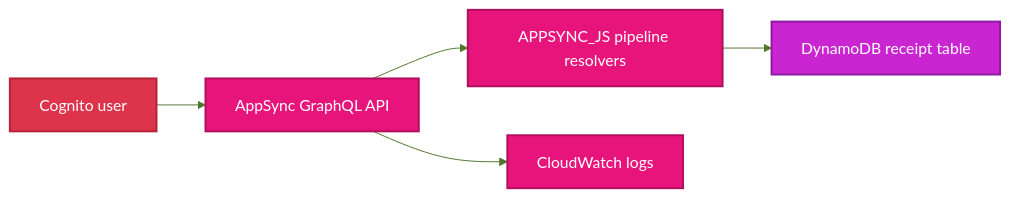
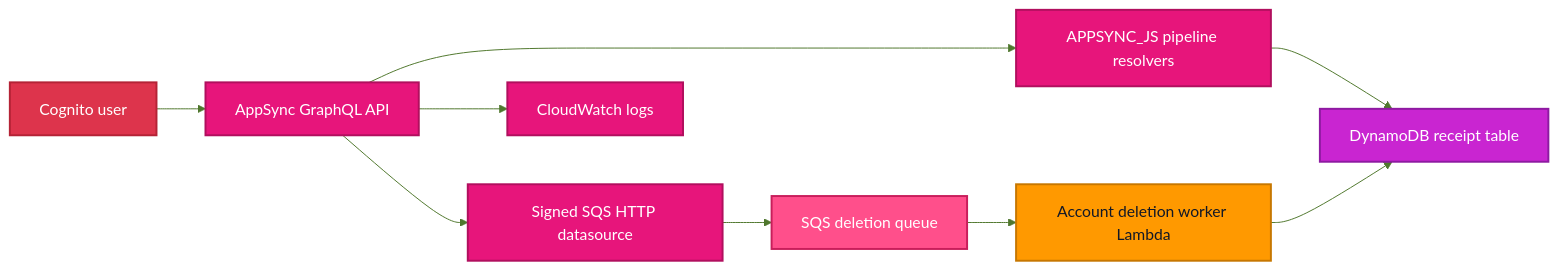
Before and after one commit to reiganarmstrong/check-split-mono: the first of 5 diagrams in infra/modules/receipt-api/README.md, drawn with Mermaid. The commit also changed other lines of this file and 15 other files, not shown here.

First line of the commit message:
feat(receipt-api): add account data deletion pipeline

````diff
--- a/infra/modules/receipt-api/README.md
+++ b/infra/modules/receipt-api/README.md
@@ -55,28 +80,36 @@
 ```mermaid
 ---
 config:
   theme: base
   themeVariables:
     primaryColor: "#DFF2E4"
     primaryTextColor: "#132A13"
     primaryBorderColor: "#3C6E47"
     lineColor: "#4F772D"
     secondaryColor: "#E9F5DB"
     tertiaryColor: "#FEFAE0"
 ---
 flowchart LR
   C["Cognito user"] --> A["AppSync GraphQL API"]
   A --> R["APPSYNC_JS pipeline resolvers"]
   R --> D["DynamoDB receipt table"]
+  A --> H["Signed SQS HTTP datasource"]
+  H --> Q["SQS deletion queue"]
+  Q --> WL["Account deletion worker Lambda"]
+  WL --> D
   A --> L["CloudWatch logs"]
 
   classDef cognito fill:#DD344C,stroke:#B42336,color:#FFFFFF,stroke-width:2px;
   classDef appsync fill:#E7157B,stroke:#B10F5E,color:#FFFFFF,stroke-width:2px;
   classDef dynamodb fill:#C925D1,stroke:#8E1AA1,color:#FFFFFF,stroke-width:2px;
+  classDef lambda fill:#FF9900,stroke:#C77700,color:#111827,stroke-width:2px;
+  classDef sqs fill:#FF4F8B,stroke:#C81E5B,color:#FFFFFF,stroke-width:2px;
   classDef cloudwatch fill:#E7157B,stroke:#B10F5E,color:#FFFFFF,stroke-width:2px;
 
   class C cognito;
-  class A,R appsync;
+  class A,R,H appsync;
   class D dynamodb;
+  class WL lambda;
+  class Q sqs;
   class L cloudwatch;
 ```
````
